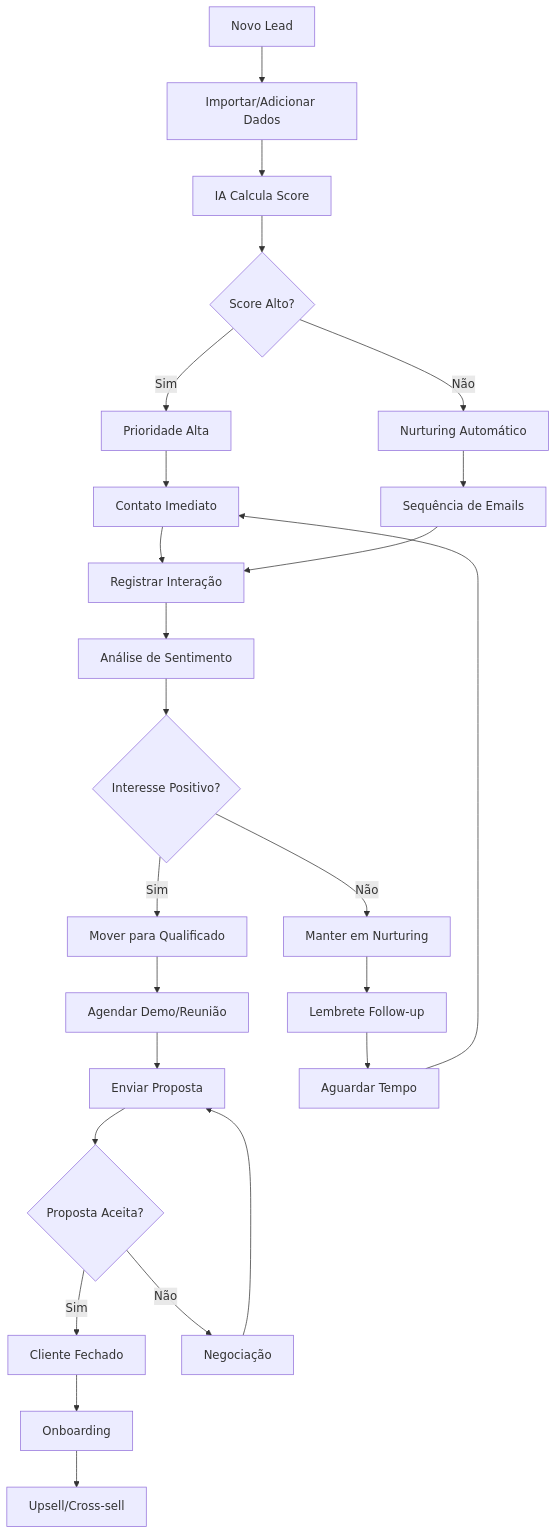
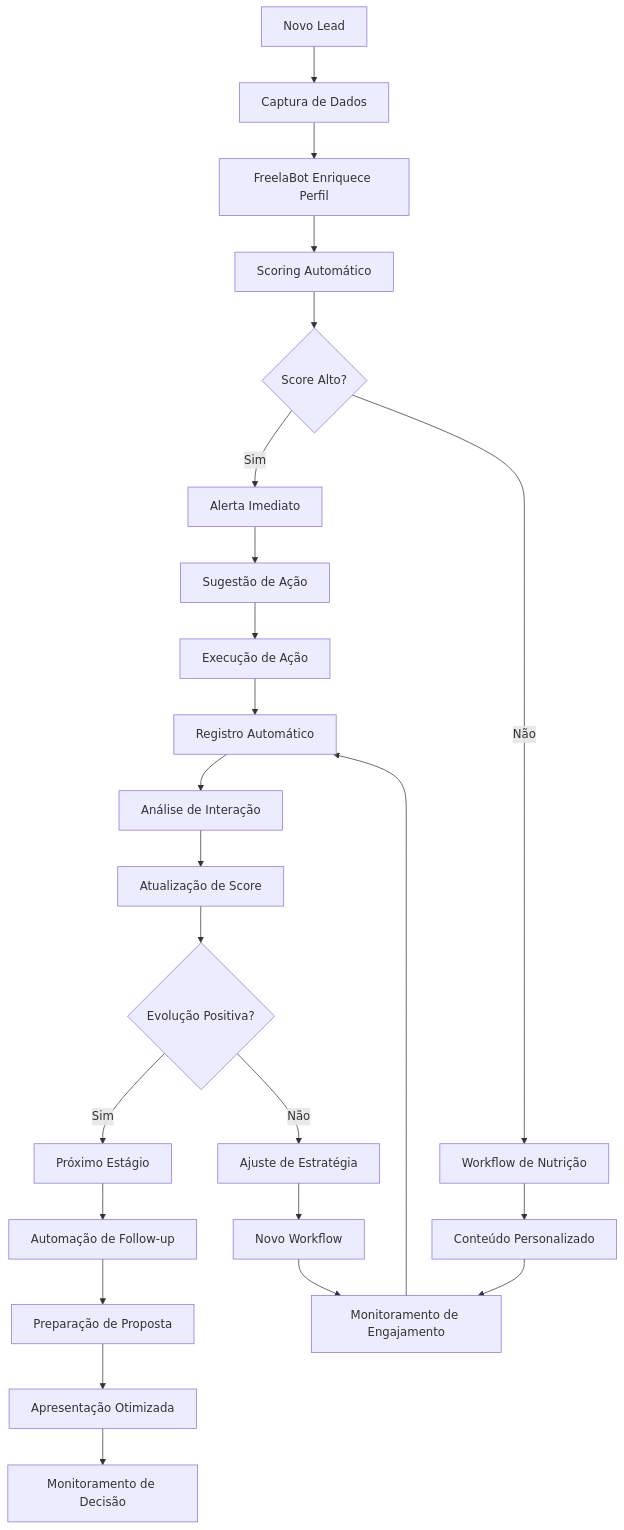
Before and after one commit to mathfrancisco/FreelaHub: the fifth of 5 diagrams in README.md, drawn with Mermaid. The commit also changed other lines of this file, not shown here.

````diff
--- a/README.md
+++ b/README.md
@@ -570,36 +693,35 @@
 ```mermaid
 graph TD
-    A[Novo Lead] --> B[Importar/Adicionar Dados]
-    B --> C[IA Calcula Score]
-    C --> D{Score Alto?}
+    A[Novo Lead] --> B[Captura de Dados]
+    B --> C[FreelaBot Enriquece Perfil]
+    C --> D[Scoring Automático]
+    D --> E{Score Alto?}
 
-    D -->|Sim| E[Prioridade Alta]
-    D -->|Não| F[Nurturing Automático]
+    E -->|Sim| F[Alerta Imediato]
+    E -->|Não| G[Workflow de Nutrição]
 
-    E --> G[Contato Imediato]
-    F --> H[Sequência de Emails]
+    F --> H[Sugestão de Ação]
+    G --> I[Conteúdo Personalizado]
 
-    G --> I[Registrar Interação]
-    H --> I
+    H --> J[Execução de Ação]
+    I --> K[Monitoramento de Engajamento]
 
-    I --> J[Análise de Sentimento]
-    J --> K{Interesse Positivo?}
+    J --> L[Registro Automático]
+    K --> L
 
-    K -->|Sim| L[Mover para Qualificado]
-    K -->|Não| M[Manter em Nurturing]
+    L --> M[Análise de Interação]
+    M --> N[Atualização de Score]
+    N --> O{Evolução Positiva?}
 
-    L --> N[Agendar Demo/Reunião]
-    M --> O[Lembrete Follow-up]
+    O -->|Sim| P[Próximo Estágio]
+    O -->|Não| Q[Ajuste de Estratégia]
 
-    N --> P[Enviar Proposta]
-    O --> Q[Aguardar Tempo]
-    Q --> G
+    P --> R[Automação de Follow-up]
+    Q --> S[Novo Workflow]
 
-    P --> R{Proposta Aceita?}
-    R -->|Sim| S[Cliente Fechado]
-    R -->|Não| T[Negociação]
-    T --> P
+    R --> T[Preparação de Proposta]
+    S --> K
 
-    S --> U[Onboarding]
-    U --> V[Upsell/Cross-sell]
+    T --> U[Apresentação Otimizada]
+    U --> V[Monitoramento de Decisão]
 ```
````
